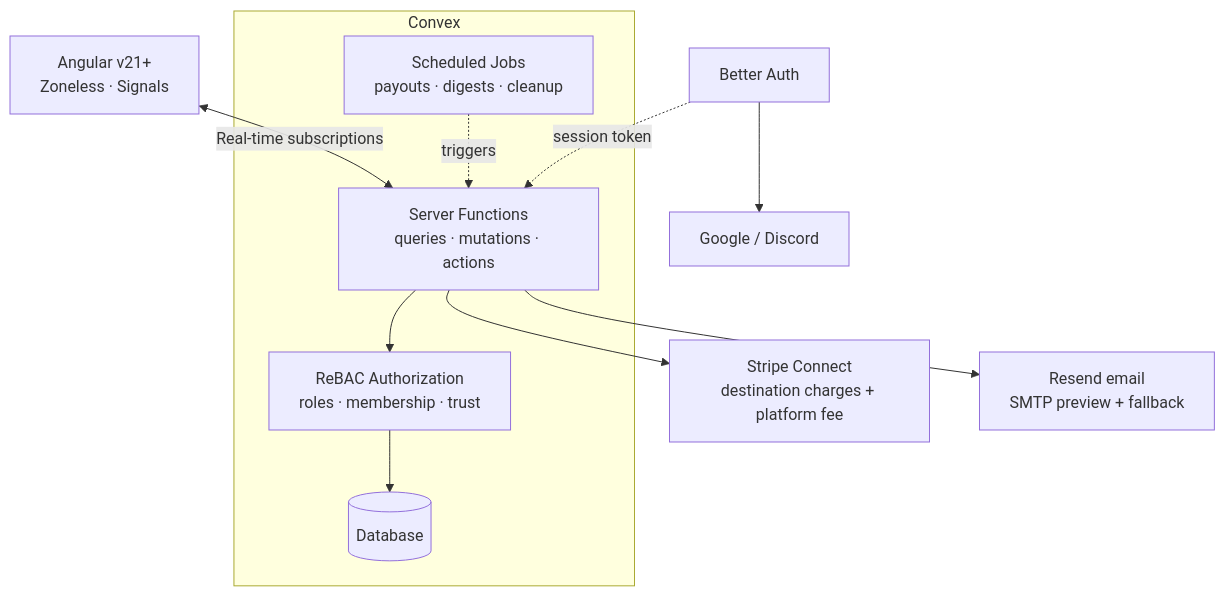
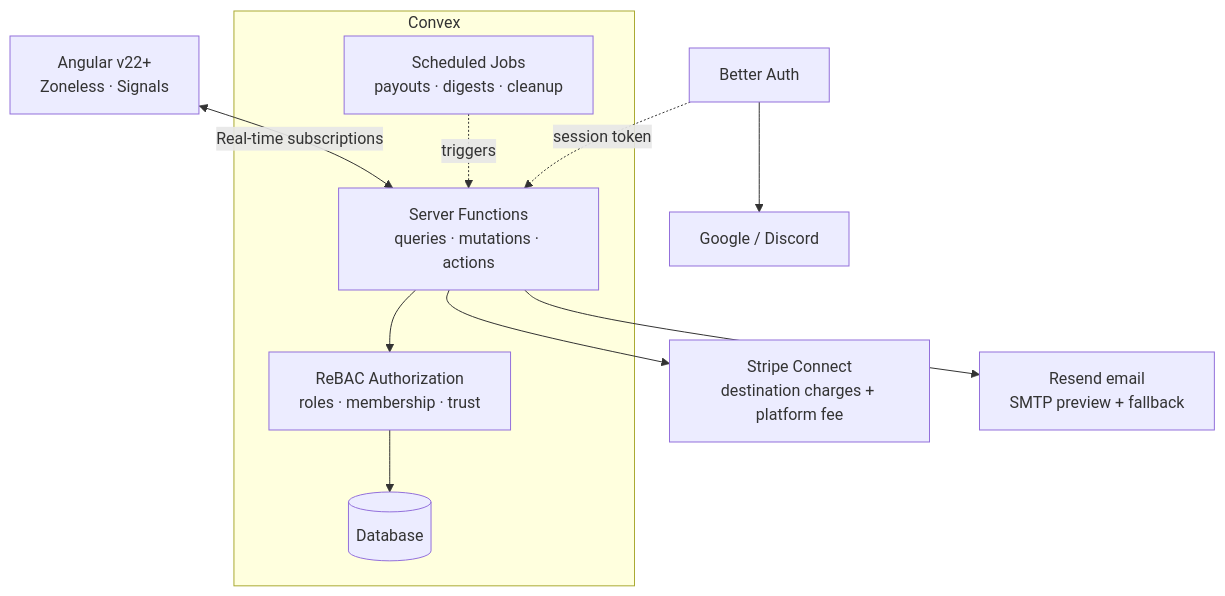
One commit to DahliaWitt/braket-tickets changed the diagram in README.md. Above: the diagram before and after it, drawn with Mermaid. The commit also changed other lines of this file and 1 other file, not shown here.

Commit message:
docs: align readme and ci runbook with angular 22 upgrade

````diff
--- a/README.md
+++ b/README.md
@@ -53,19 +53,19 @@
 ```mermaid
 flowchart TD
-  App["Angular v21+<br/>Zoneless · Signals"]
+  App["Angular v22+<br/>Zoneless · Signals"]
 
   App <-->|"Real-time subscriptions"| Functions
 
   subgraph Convex["Convex"]
     Functions["Server Functions<br/>queries · mutations · actions"]
     Cron["Scheduled Jobs<br/>payouts · digests · cleanup"] -.->|triggers| Functions
     Functions --> AuthZ["ReBAC Authorization<br/>roles · membership · trust"]
     AuthZ --> DB[(Database)]
   end
 
   BetterAuth["Better Auth"] -.->|session token| Functions
   BetterAuth --> OAuth["Google / Discord"]
 
   Functions --> Stripe["Stripe Connect<br/>destination charges + platform fee"]
   Functions --> Email["Resend email<br/>SMTP preview + fallback"]
 ```
````
